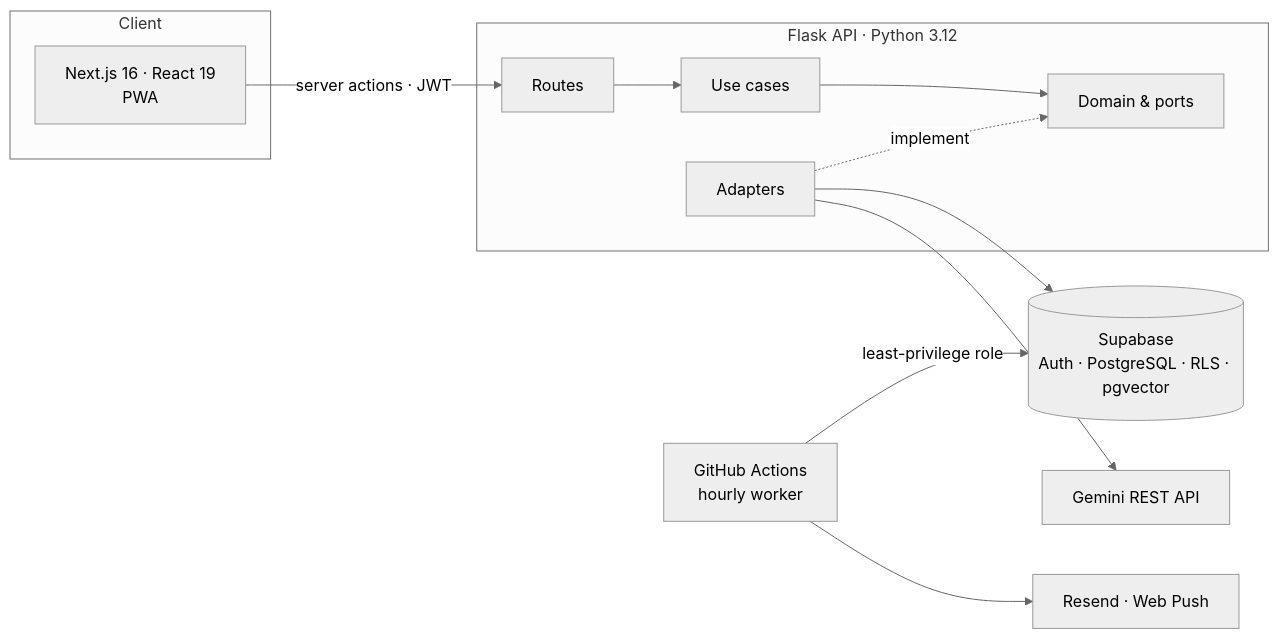
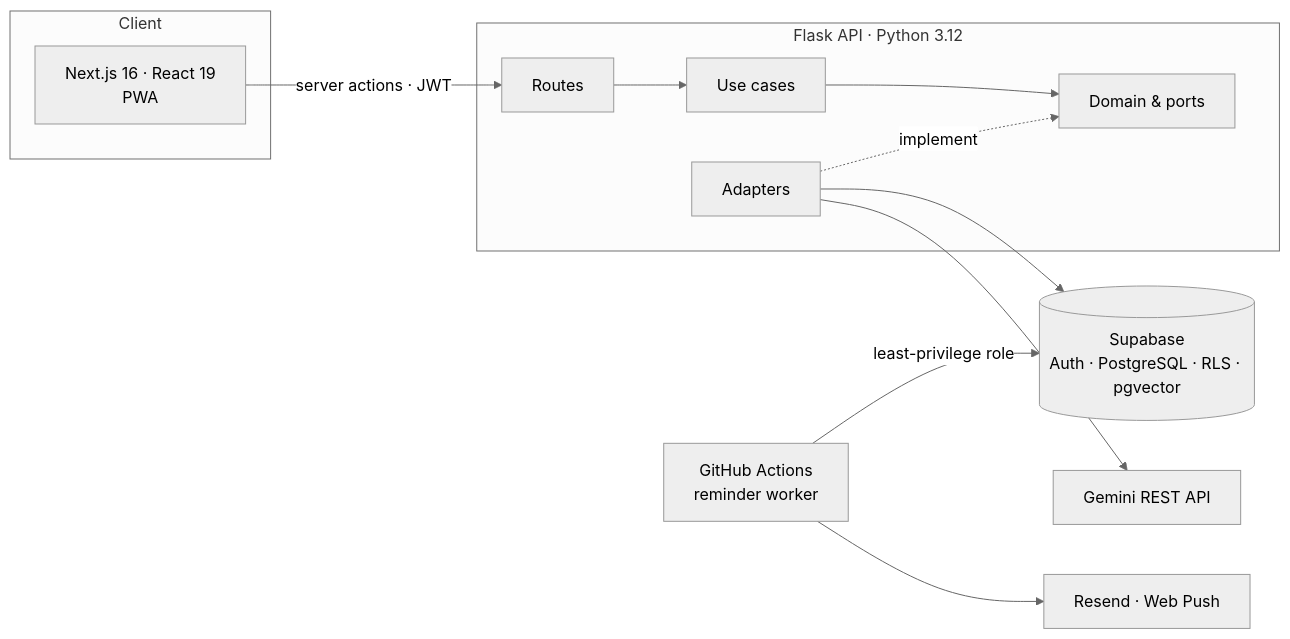
Before and after one commit to akifkeklik/libris: the diagram in README.md, drawn with Mermaid (neutral theme). The commit also changed 2 other files, not shown here.

Commit message:
docs: record the measured reminder schedule and the steps it needs

````diff
--- a/README.md
+++ b/README.md
@@ -68,15 +68,15 @@
 ```mermaid
 flowchart LR
     subgraph Client
         WEB["Next.js 16 · React 19<br/>PWA"]
     end
     subgraph API["Flask API · Python 3.12"]
         R["Routes"] --> UC["Use cases"] --> D["Domain & ports"]
         A["Adapters"] -. implement .-> D
     end
     WEB -- "server actions · JWT" --> R
     A --> DB[("Supabase<br/>Auth · PostgreSQL · RLS · pgvector")]
     A --> AI["Gemini REST API"]
-    CRON["GitHub Actions<br/>hourly worker"] -- "least-privilege role" --> DB
+    CRON["GitHub Actions<br/>reminder worker"] -- "least-privilege role" --> DB
     CRON --> MAIL["Resend · Web Push"]
 ```
````
